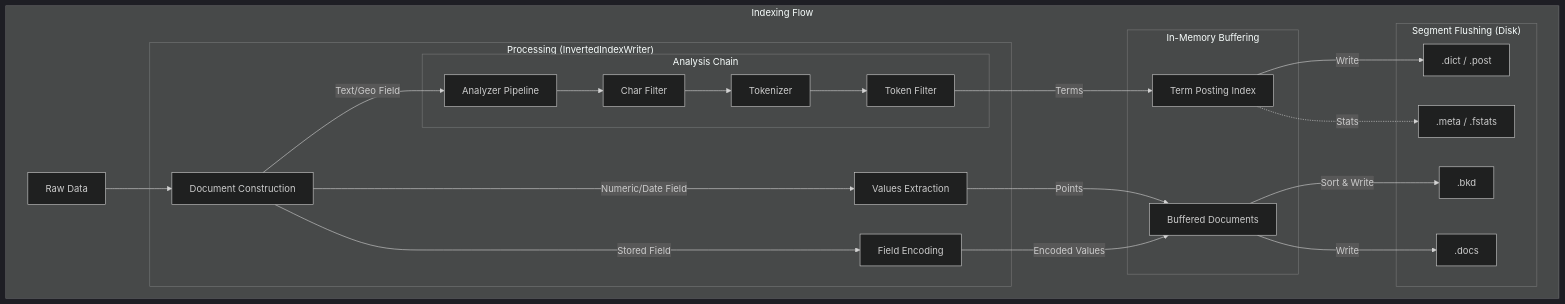
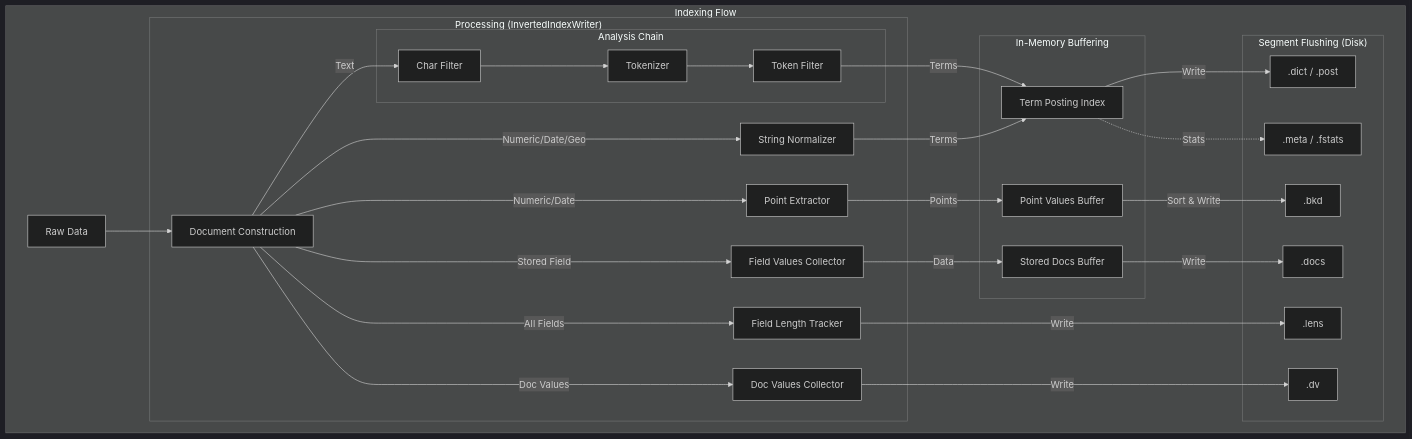
One commit to mosuka/iris changed the second of 3 diagrams in docs/src/concepts/lexical_search.md. Above: the diagram before and after it, drawn with Mermaid (dark theme). The commit also changed other lines of this file, not shown here.

````diff
--- a/docs/src/concepts/lexical_search.md
+++ b/docs/src/concepts/lexical_search.md
@@ -127,31 +127,36 @@
 ```mermaid
 graph TD
     subgraph "Indexing Flow"
         Input["Raw Data"] --> DocBuilder["Document Construction"]
         
         subgraph "Processing (InvertedIndexWriter)"
-            DocBuilder -->|Text/Geo Field| Analyzer["Analyzer Pipeline"]
-            DocBuilder -->|Numeric/Date Field| NumProc["Values Extraction"]
-            DocBuilder -->|Stored Field| StoreProc["Field Encoding"]
+            DocBuilder -->|Text| CharFilter["Char Filter"]
+            DocBuilder -->|Numeric/Date/Geo| Normalizer["String Normalizer"]
+            DocBuilder -->|Numeric/Date| PtExt["Point Extractor"]
+            DocBuilder -->|Stored Field| StoreProc["Field Values Collector"]
+            DocBuilder -->|All Fields| LenTracker["Field Length Tracker"]
+            DocBuilder -->|Doc Values| DVTracker["Doc Values Collector"]
             
             subgraph "Analysis Chain"
-                Analyzer --> CharFilter["Char Filter"]
                 CharFilter --> Tokenizer["Tokenizer"]
                 Tokenizer --> TokenFilter["Token Filter"]
             end
         end
         
         subgraph "In-Memory Buffering"
             TokenFilter -->|Terms| InvBuffer["Term Posting Index"]
-            NumProc -->|Points| DocBuffer["Buffered Documents"]
-            StoreProc -->|Encoded Values| DocBuffer
+            Normalizer -->|Terms| InvBuffer
+            PtExt -->|Points| BkdBuffer["Point Values Buffer"]
+            StoreProc -->|Data| DocsBuffer["Stored Docs Buffer"]
         end
         
         subgraph "Segment Flushing (Disk)"
-            InvBuffer -->|Write| Files1[".dict / .post"]
-            DocBuffer -->|Sort & Write| Files2[".bkd"]
-            DocBuffer -->|Write| Files3[".docs"]
-            InvBuffer -.->|Stats| Files4[".meta / .fstats"]
+            InvBuffer -->|Write| Postings[".dict / .post"]
+            BkdBuffer -->|Sort & Write| BKD[".bkd"]
+            DocsBuffer -->|Write| DOCS[".docs"]
+            DVTracker -->|Write| DV[".dv"]
+            LenTracker -->|Write| LENS[".lens"]
+            InvBuffer -.->|Stats| Meta[".meta / .fstats"]
         end
     end
 ```
````
